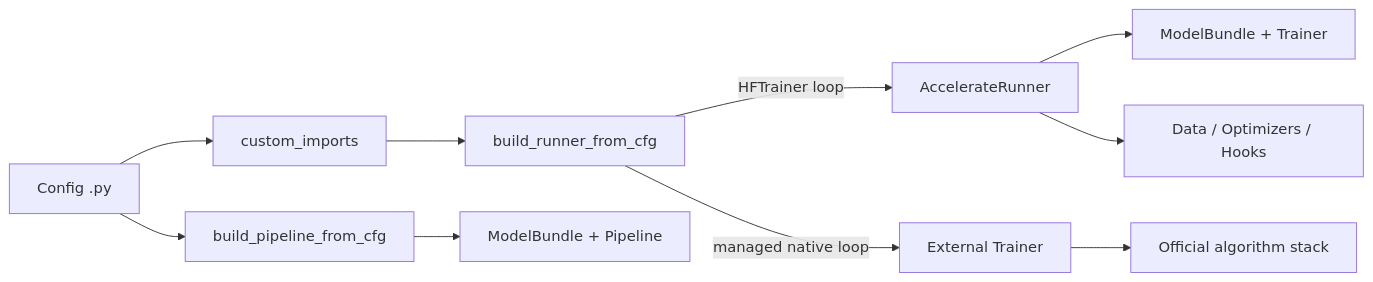
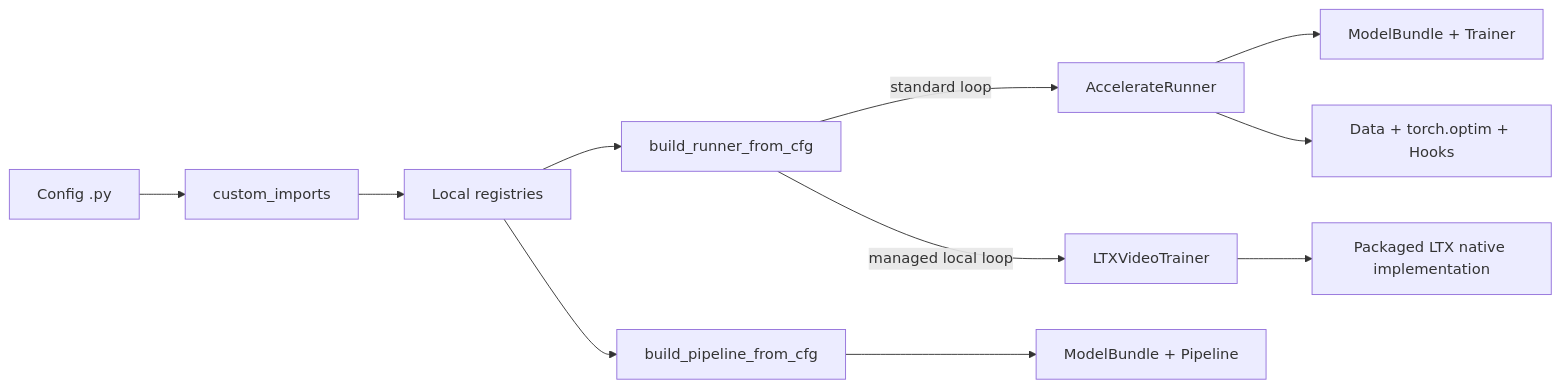
The first of 2 diagrams in docs/en/architecture.md (ZeyuLing/HFTrainer), drawn with Mermaid before and after one commit. The commit also changed other lines of this file and 486 other files, not shown here.

````diff
--- a/docs/en/architecture.md
+++ b/docs/en/architecture.md
@@ -5,12 +5,13 @@
 ```mermaid
 flowchart LR
     A["Config .py"] --> B["custom_imports"]
-    B --> C["build_runner_from_cfg"]
-    C -->|HFTrainer loop| D["AccelerateRunner"]
-    C -->|managed native loop| E["External Trainer"]
-    D --> F["ModelBundle + Trainer"]
-    D --> G["Data / Optimizers / Hooks"]
-    E --> H["Official algorithm stack"]
-    A --> I["build_pipeline_from_cfg"]
-    I --> J["ModelBundle + Pipeline"]
+    B --> C["Local registries"]
+    C --> D["build_runner_from_cfg"]
+    D -->|standard loop| E["AccelerateRunner"]
+    D -->|managed local loop| F["LTXVideoTrainer"]
+    E --> G["ModelBundle + Trainer"]
+    E --> H["Data + torch.optim + Hooks"]
+    F --> I["Packaged LTX native implementation"]
+    C --> J["build_pipeline_from_cfg"]
+    J --> K["ModelBundle + Pipeline"]
 ```
````
